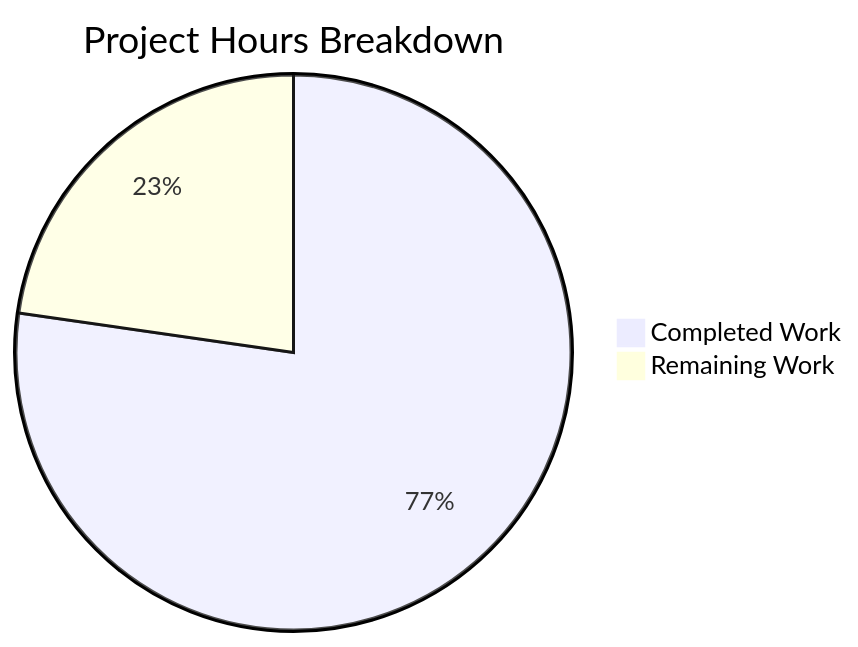
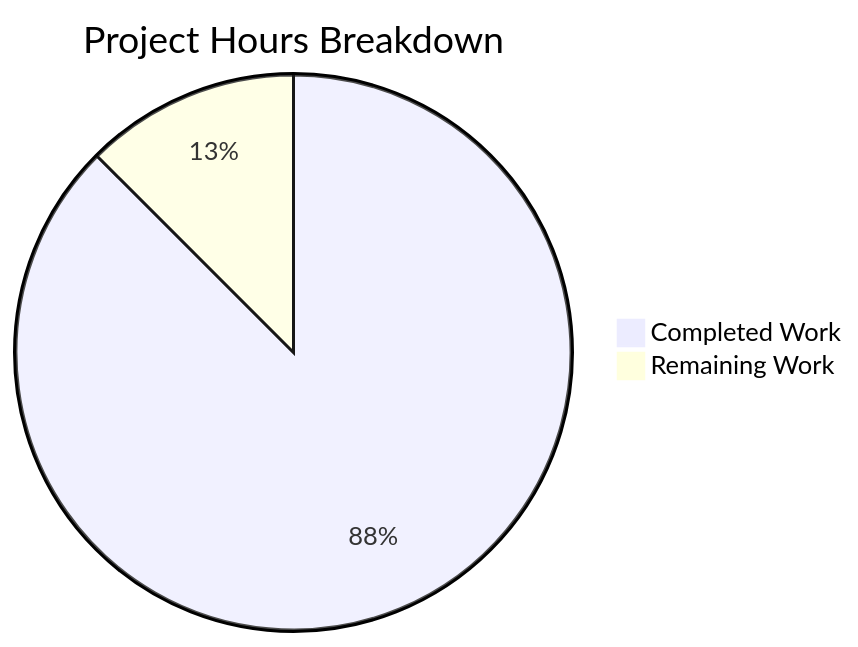
One commit to hardik-blitzy/react-weather-app changed the diagram in blitzy/documentation/Project Guide.md. Above: the diagram before and after it, drawn with Mermaid. The commit also changed other lines of this file, not shown here.

Commit message:
Adding Blitzy Project Guide: Project Status and Human Tasks Remaining

````diff
--- a/blitzy/documentation/Project Guide.md
+++ b/blitzy/documentation/Project Guide.md
@@ -94,5 +68,5 @@
 ```mermaid
 pie title Project Hours Breakdown
-    "Completed Work" : 17
-    "Remaining Work" : 5
+    "Completed Work" : 28
+    "Remaining Work" : 4
 ```
````
